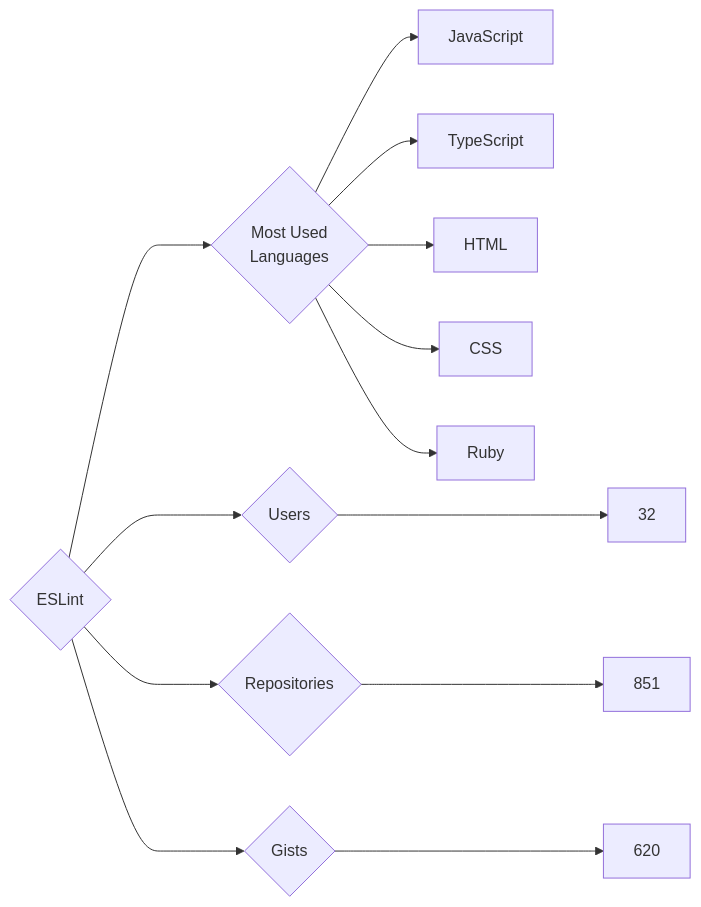
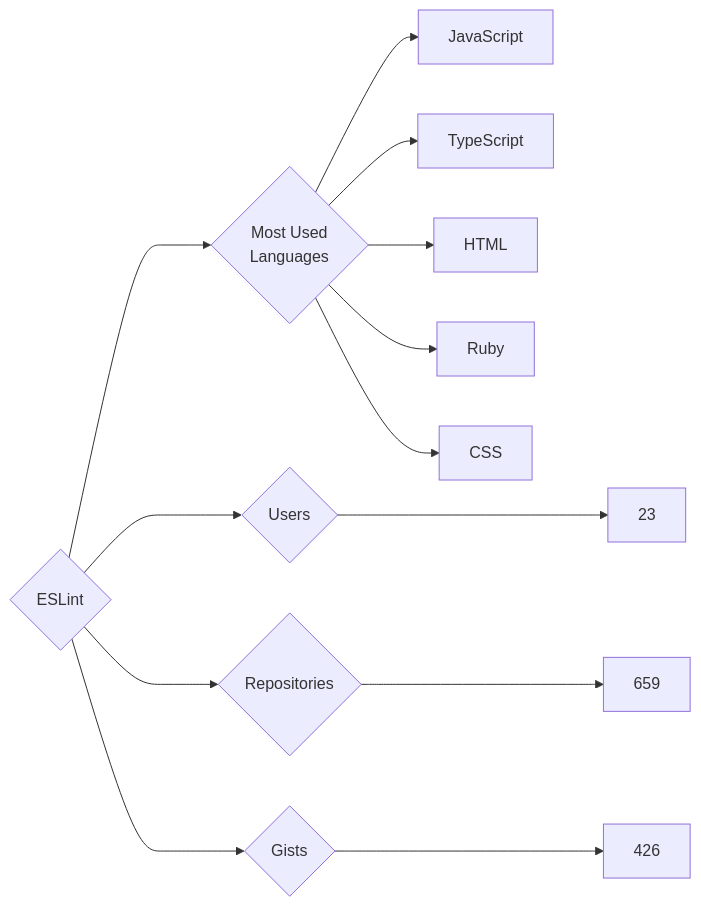
The diagram in targets/ESLint/README.md (trickest/insiders), drawn with Mermaid before and after one commit. The commit also changed 1314 other files, not shown here.

````diff
--- a/targets/ESLint/README.md
+++ b/targets/ESLint/README.md
@@ -3,13 +3,13 @@
 ```mermaid
 graph LR
 COMPANY_NAME{ESLint}
-COMPANY_NAME ---> U{Users} ---> UN[32]
-COMPANY_NAME ---> R{Repositories} ---> RN[851]
-COMPANY_NAME ---> G{Gists} ---> GN[620]
+COMPANY_NAME ---> U{Users} ---> UN[23]
+COMPANY_NAME ---> R{Repositories} ---> RN[659]
+COMPANY_NAME ---> G{Gists} ---> GN[426]
 COMPANY_NAME ---> ML{Most Used<br>Languages}
 ML --> JavaScript[JavaScript]
 ML --> TypeScript[TypeScript]
 ML --> HTML[HTML]
+ML --> Ruby[Ruby]
 ML --> CSS[CSS]
-ML --> Ruby[Ruby]
 ```
````
